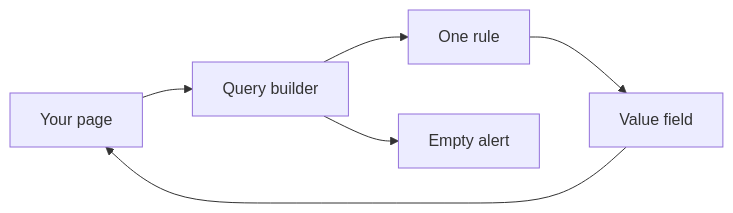
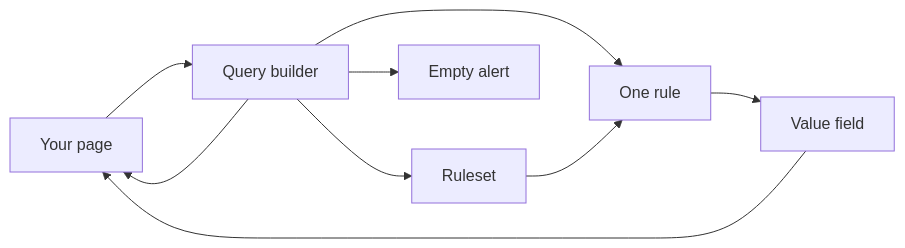
One commit to RajshekharBorate/pixel-ui changed the first of 4 diagrams in projects/pixel-ui/src/lib/pixel-query-builder/DESIGN.md. Above: the diagram before and after it, drawn with Mermaid. The commit also changed other lines of this file and 80 other files, not shown here.

Commit message:
Fill missing design flows and correct the stories that did not match component behavior.

````diff
--- a/projects/pixel-ui/src/lib/pixel-query-builder/DESIGN.md
+++ b/projects/pixel-ui/src/lib/pixel-query-builder/DESIGN.md
@@ -18,13 +19,17 @@
 ```mermaid
 flowchart LR
   page["Your page"]
   builder["Query builder"]
+  group["Ruleset"]
   rule["One rule"]
   value["Value field"]
   alert["Empty alert"]
   page --> builder
   builder --> rule
   rule --> value
   value --> page
+  builder --> group
+  group --> rule
+  builder --> page
   builder --> alert
 ```
````
